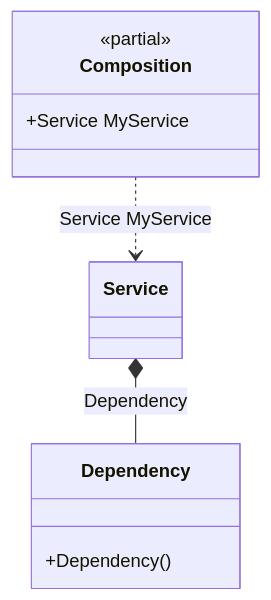
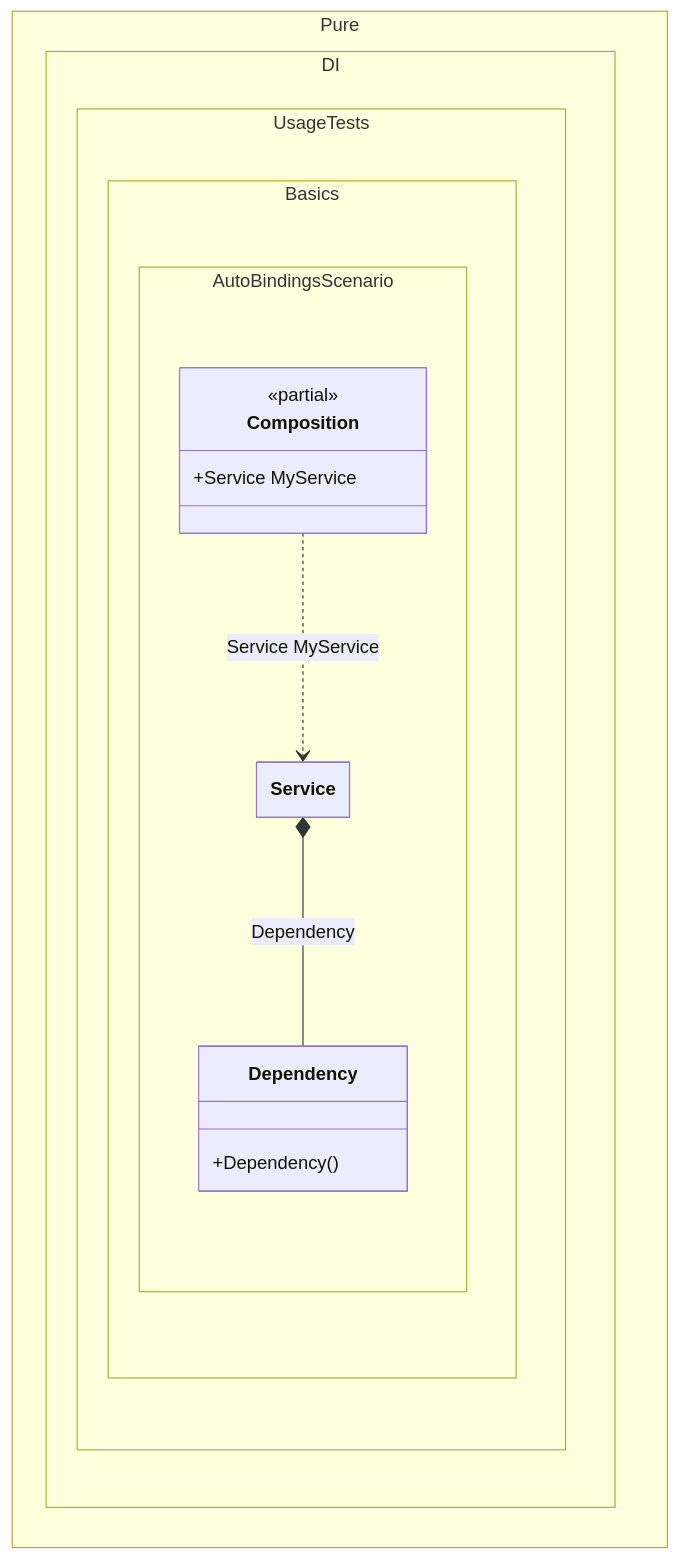
The diagram in readme/auto-bindings.md (DevTeam/Pure.DI), drawn with Mermaid before and after one commit. The commit also changed 103 other files, not shown here.

Commit message:
Improved class diagrams

````diff
--- a/readme/auto-bindings.md
+++ b/readme/auto-bindings.md
@@ -60,12 +60,21 @@
 ```mermaid
+---
+ config:
+  class:
+   hideEmptyMembersBox: true
+---
 classDiagram
-	class Composition {
+	Composition ..> Service : Service MyService
+	Service *--  Dependency : Dependency
+	namespace Pure.DI.UsageTests.Basics.AutoBindingsScenario {
+		class Composition {
 		<<partial>>
 		+Service MyService
+		}
+		class Dependency {
+			+Dependency()
+		}
+		class Service {
+		}
 	}
-	class Dependency {
-		+Dependency()
-	}
-	Composition ..> Service : Service MyService
-	Service *--  Dependency : Dependency
 ```
````
